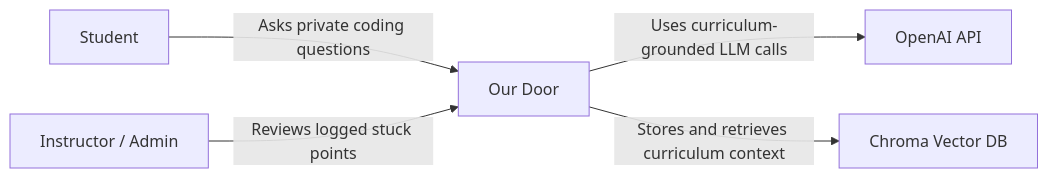
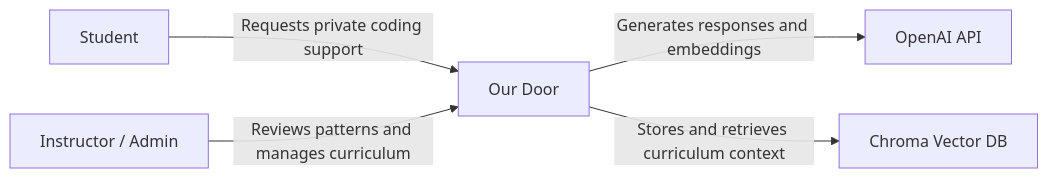
Before and after one commit to SamPomeroy/our-door: the third of 4 diagrams in README.md, drawn with Mermaid. The commit also changed other lines of this file, not shown here.

````diff
--- a/README.md
+++ b/README.md
@@ -146,7 +210,7 @@
 ```mermaid
 flowchart LR
-  Student[Student] -->|Asks private coding questions| OurDoor[Our Door]
-  Instructor[Instructor / Admin] -->|Reviews logged stuck points| OurDoor
-  OurDoor -->|Uses curriculum-grounded LLM calls| OpenAI[OpenAI API]
+  Student[Student] -->|Requests private coding support| OurDoor[Our Door]
+  Instructor[Instructor / Admin] -->|Reviews patterns and manages curriculum| OurDoor
+  OurDoor -->|Generates responses and embeddings| OpenAI[OpenAI API]
   OurDoor -->|Stores and retrieves curriculum context| Chroma[Chroma Vector DB]
 ```
````
